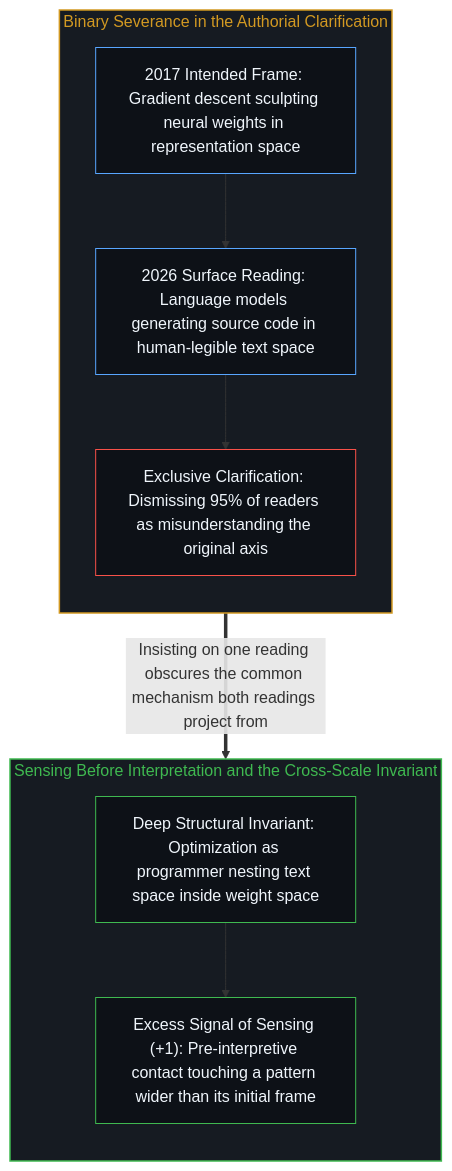
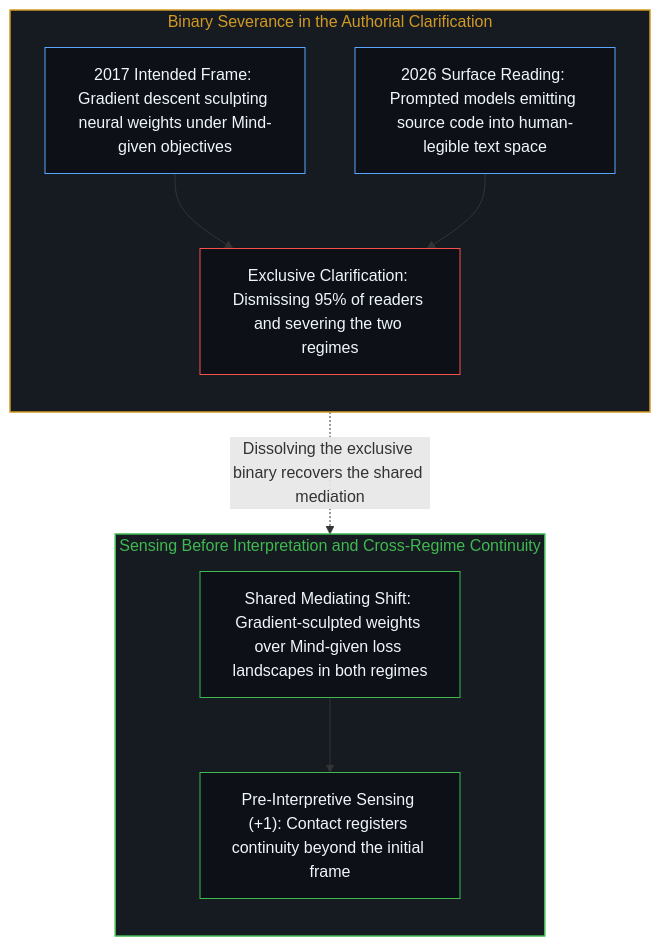
Before and after one commit to powerpig99/not-a-toe: the second of 2 diagrams in content/posts/sensing-before-interpretation.md, drawn with Mermaid. The commit also changed other lines of this file and 7 other files, not shown here.

````diff
--- a/content/posts/sensing-before-interpretation.md
+++ b/content/posts/sensing-before-interpretation.md
@@ -44,24 +45,25 @@
 ```mermaid
 flowchart TD
     subgraph S_Split["Binary Severance in the Authorial Clarification"]
         direction TB
-        Intent2017["2017 Intended Frame: Gradient descent sculpting neural weights in representation space"]
-        Read2026["2026 Surface Reading: Language models generating source code in human-legible text space"]
-        Exclude["Exclusive Clarification: Dismissing 95% of readers as misunderstanding the original axis"]
-        Intent2017 --> Read2026 --> Exclude
+        Intent2017["2017 Intended Frame: Gradient descent sculpting neural weights under Mind-given objectives"]
+        Read2026["2026 Surface Reading: Prompted models emitting source code into human-legible text space"]
+        Exclude["Exclusive Clarification: Dismissing 95% of readers and severing the two regimes"]
+        Intent2017 --> Exclude
+        Read2026 --> Exclude
     end
-    subgraph S_Sense["Sensing Before Interpretation and the Cross-Scale Invariant"]
+    subgraph S_Sense["Sensing Before Interpretation and Cross-Regime Continuity"]
         direction TB
-        Invariant["Deep Structural Invariant: Optimization as programmer nesting text space inside weight space"]
-        Excess["Excess Signal of Sensing (+1): Pre-interpretive contact touching a pattern wider than its initial frame"]
+        Invariant["Shared Mediating Shift: Gradient-sculpted weights over Mind-given loss landscapes in both regimes"]
+        Excess["Pre-Interpretive Sensing (+1): Contact registers continuity beyond the initial frame"]
         Invariant --> Excess
     end
-    Exclude ==>|"Insisting on one reading obscures the common mechanism both readings project from"| Invariant
+    Exclude -.->|"Dissolving the exclusive binary recovers the shared mediation"| Invariant
     style S_Split fill:#161b22,stroke:#d29922,stroke-width:1.5px,color:#d29922
     style S_Sense fill:#161b22,stroke:#3fb950,stroke-width:1.5px,color:#3fb950
     style Intent2017 fill:#0d1117,stroke:#58a6ff,stroke-width:1px,color:#f0f6fc
     style Read2026 fill:#0d1117,stroke:#58a6ff,stroke-width:1px,color:#f0f6fc
     style Exclude fill:#0d1117,stroke:#f85149,stroke-width:1px,color:#f0f6fc
     style Invariant fill:#0d1117,stroke:#3fb950,stroke-width:1px,color:#f0f6fc
     style Excess fill:#0d1117,stroke:#3fb950,stroke-width:1px,color:#f0f6fc
 ```
````
